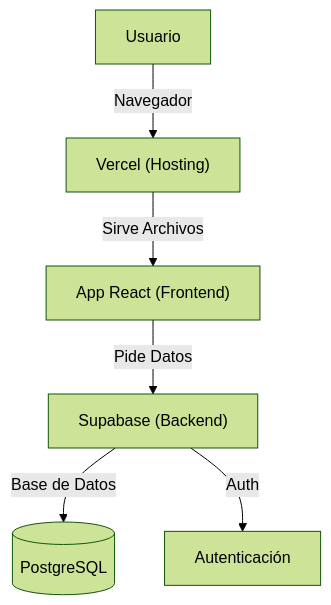
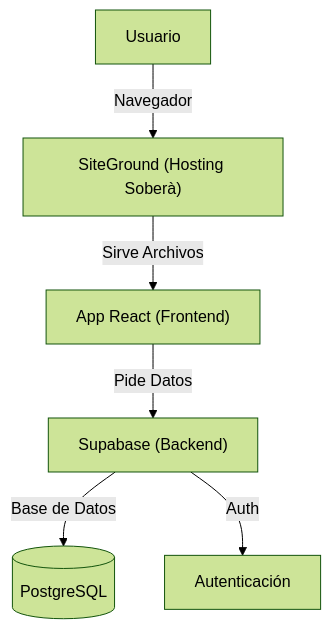
The diagram in docs/INFORME_TECNICO.md (socdepoble/socdepoble), drawn with Mermaid (forest theme) before and after one commit. The commit also changed other lines of this file and 103 other files, not shown here.

````diff
--- a/docs/INFORME_TECNICO.md
+++ b/docs/INFORME_TECNICO.md
@@ -15,8 +16,8 @@
 ```mermaid
 graph TD
-    User[Usuario] -->|Navegador| Vercel["Vercel (Hosting)"]
-    Vercel -->|Sirve Archivos| ReactApp["App React (Frontend)"]
+    User[Usuario] -->|Navegador| SiteGround["SiteGround (Hosting Soberà)"]
+    SiteGround -->|Sirve Archivos| ReactApp["App React (Frontend)"]
     ReactApp -->|Pide Datos| Supabase["Supabase (Backend)"]
     Supabase -->|Base de Datos| DB[("PostgreSQL")]
     Supabase -->|Auth| Auth[Autenticación]
 ```
````
